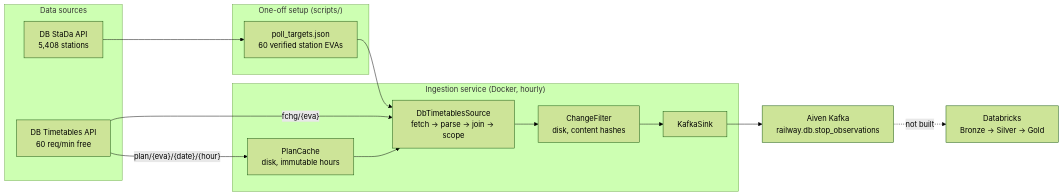
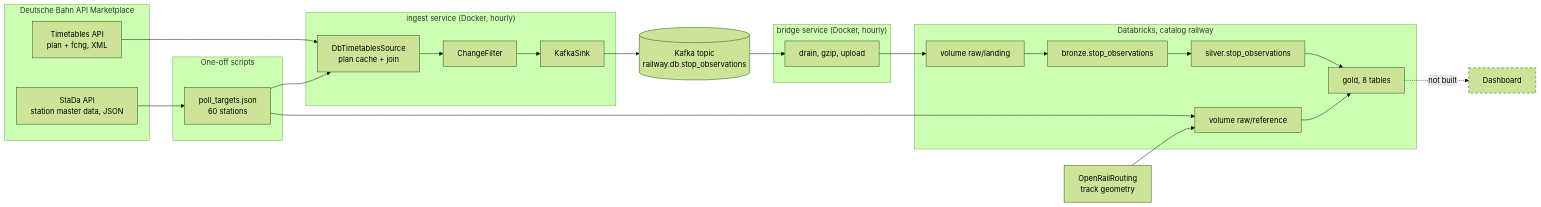
One commit to arthurgygax/railway_network_analytics changed the diagram in README.md. Above: the diagram before and after it, drawn with Mermaid (forest theme). The commit also changed other lines of this file and 2 other files, not shown here.

````diff
--- a/README.md
+++ b/README.md
@@ -24,29 +31,43 @@
 ```mermaid
 flowchart LR
-  subgraph src["Data sources"]
-    TT["DB Timetables API<br/>60 req/min free"]
-    SD["DB StaDa API<br/>5,408 stations"]
+  subgraph sources["Deutsche Bahn API Marketplace"]
+    TT["Timetables API<br/>plan + fchg, XML"]
+    SD["StaDa API<br/>station master data, JSON"]
   end
 
-  subgraph oneoff["One-off setup (scripts/)"]
-    PT["poll_targets.json<br/>60 verified station EVAs"]
+  subgraph setup["One-off scripts"]
+    PT["poll_targets.json<br/>60 stations"]
   end
 
-  subgraph svc["Ingestion service (Docker, hourly)"]
-    PC["PlanCache<br/>disk, immutable hours"]
-    SRC["DbTimetablesSource<br/>fetch → parse → join → scope"]
-    CF["ChangeFilter<br/>disk, content hashes"]
-    SINK["KafkaSink"]
+  subgraph ingest["ingest service (Docker, hourly)"]
+    SRC["DbTimetablesSource<br/>plan cache + join"]
+    CF["ChangeFilter"]
+    KS["KafkaSink"]
   end
 
-  K["Aiven Kafka<br/>railway.db.stop_observations"]
-  DBX["Databricks<br/>Bronze → Silver → Gold"]
+  K[("Kafka topic<br/>railway.db.stop_observations")]
 
-  SD --> PT
-  PT --> SRC
-  TT -- "plan/{eva}/{date}/{hour}" --> PC
-  TT -- "fchg/{eva}" --> SRC
-  PC --> SRC
-  SRC --> CF --> SINK --> K
-  K -.->|not built| DBX
+  subgraph bridge["bridge service (Docker, hourly)"]
+    BR["drain, gzip, upload"]
+  end
+
+  subgraph dbx["Databricks, catalog railway"]
+    LAND["volume raw/landing"]
+    BZ["bronze.stop_observations"]
+    SV["silver.stop_observations"]
+    GD["gold, 8 tables"]
+    REF["volume raw/reference"]
+  end
+
+  ORR["OpenRailRouting<br/>track geometry"]
+  DASH["Dashboard"]
+
+  SD --> PT --> SRC
+  TT --> SRC --> CF --> KS --> K --> BR --> LAND --> BZ --> SV --> GD
+  PT --> REF
+  ORR --> REF --> GD
+  GD -.->|not built| DASH
+
+  classDef planned stroke-dasharray: 5 5
+  class DASH planned
 ```
````
